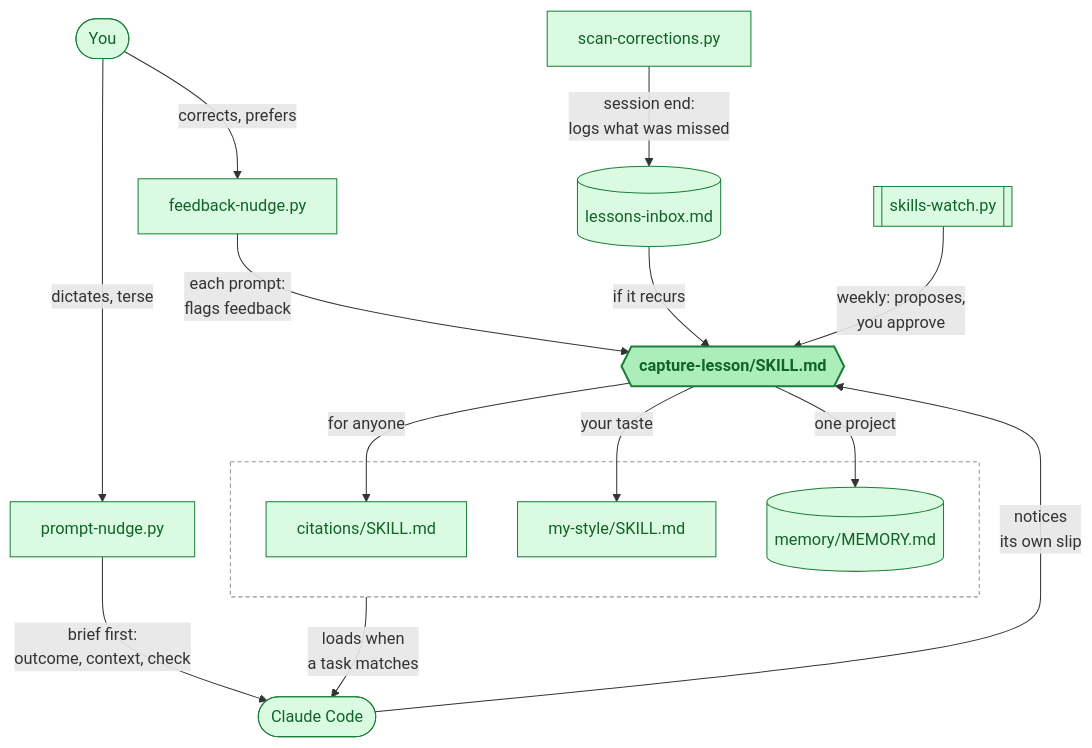
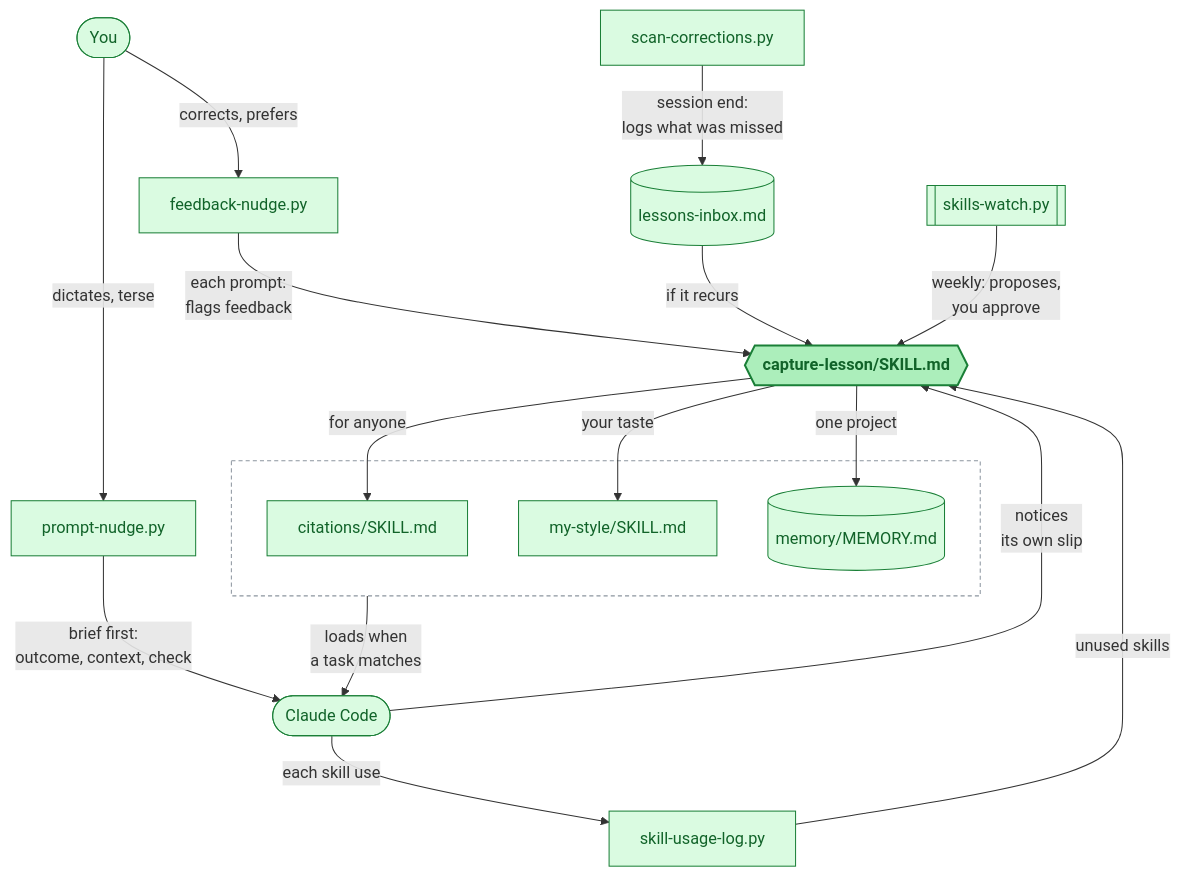
One commit to kat-titter/claude-code-learns changed the diagram in README.md. Above: the diagram before and after it, drawn with Mermaid. The commit also changed other lines of this file, not shown here.

First line of the commit message:
README: usage log, trigger evals, rubric

````diff
--- a/README.md
+++ b/README.md
@@ -13,32 +13,35 @@
 ```mermaid
 flowchart TB
   you(["You"])
   agent(["Claude Code"])
   nudge["feedback-nudge.py"]
   pnudge["prompt-nudge.py"]
   scan["scan-corrections.py"]
   inbox[("lessons-inbox.md")]
   cap{{"capture-lesson/SKILL.md"}}
   watch[["skills-watch.py"]]
+  usage["skill-usage-log.py"]
   subgraph lib [" "]
     general["citations/SKILL.md"]
     taste["my-style/SKILL.md"]
     memory[("memory/MEMORY.md")]
   end
   you -->|"corrects, prefers"| nudge
   nudge -->|"each prompt:<br/>flags feedback"| cap
   you -->|"dictates, terse"| pnudge
   pnudge -->|"brief first:<br/>outcome, context, check"| agent
   agent -->|"notices<br/>its own slip"| cap
   scan -->|"session end:<br/>logs what was missed"| inbox
   inbox -->|"if it recurs"| cap
   cap -->|"for anyone"| general
   cap -->|"your taste"| taste
   cap -->|"one project"| memory
   lib -->|"loads when<br/>a task matches"| agent
   watch -->|"weekly: proposes,<br/>you approve"| cap
+  agent -->|"each skill use"| usage
+  usage -->|"unused skills"| cap
   classDef default fill:#dafbe1,stroke:#1a7f37,color:#116329
   classDef core fill:#aceebb,stroke:#1a7f37,stroke-width:2px,color:#116329,font-weight:bold
   class cap core
   style lib fill:none,stroke:#8c959f,stroke-dasharray:4 3
 ```
````
